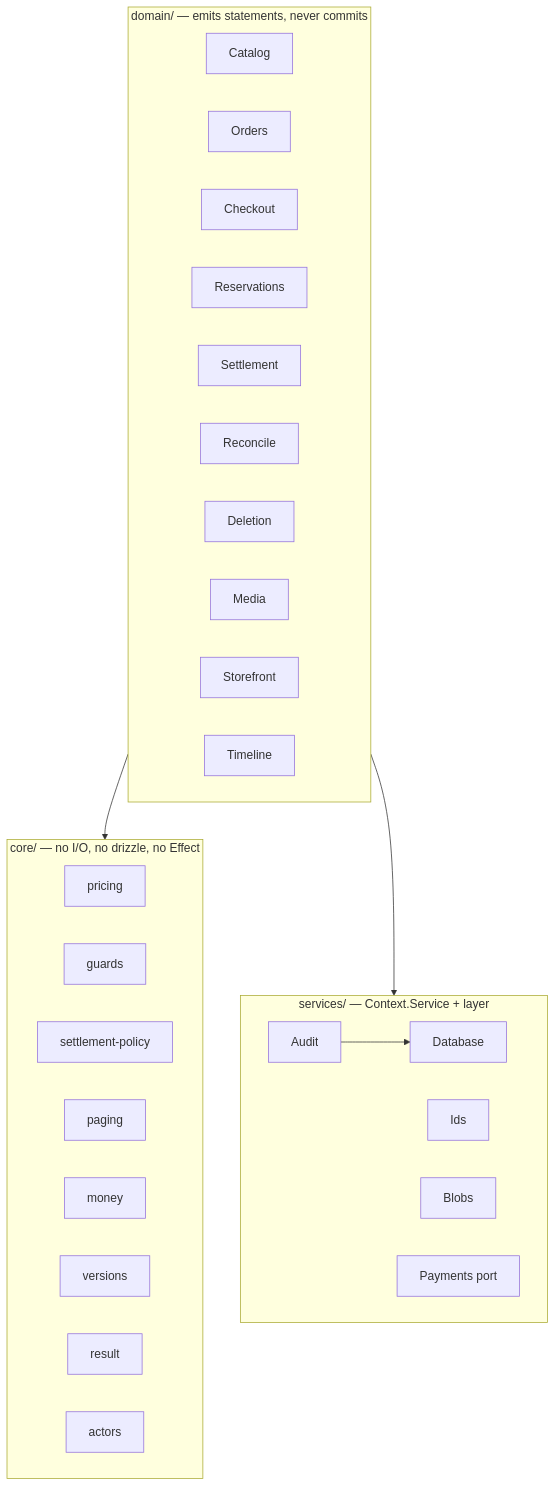
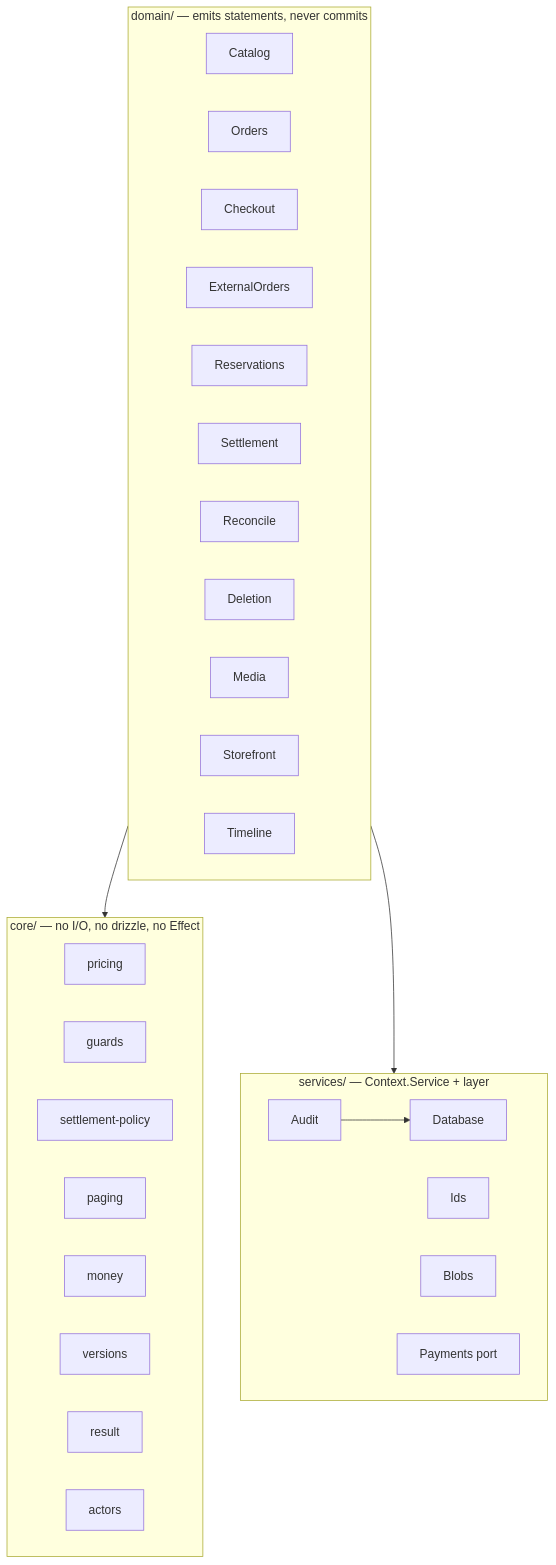
One commit to somewhatintelligent/somewhatintelligent changed the third of 3 diagrams in apps/platform.commerce/README.md. Above: the diagram before and after it, drawn with Mermaid. The commit also changed other lines of this file and 24 other files, not shown here.

Commit message:
feat(commerce): record orders paid outside checkout (#23)

````diff
--- a/apps/platform.commerce/README.md
+++ b/apps/platform.commerce/README.md
@@ -244,18 +270,18 @@
 ```mermaid
 graph TB
   subgraph core["core/ — no I/O, no drizzle, no Effect"]
     pricing; guards; policy[settlement-policy]; paging
     money; versions; result; actors
   end
   subgraph domain["domain/ — emits statements, never commits"]
-    Cat[Catalog]; Ord[Orders]; Chk[Checkout]; Res[Reservations]
+    Cat[Catalog]; Ord[Orders]; Chk[Checkout]; Ext[ExternalOrders]; Res[Reservations]
     Set[Settlement]; Rec[Reconcile]; Del[Deletion]; Med[Media]
     Sto[Storefront]; Tim[Timeline]
   end
   subgraph services["services/ — Context.Service + layer"]
     Db[Database]; Aud[Audit]; Ids; Blobs; Pay[Payments port]
   end
   domain --> core
   domain --> services
   Aud --> Db
 ```
````
